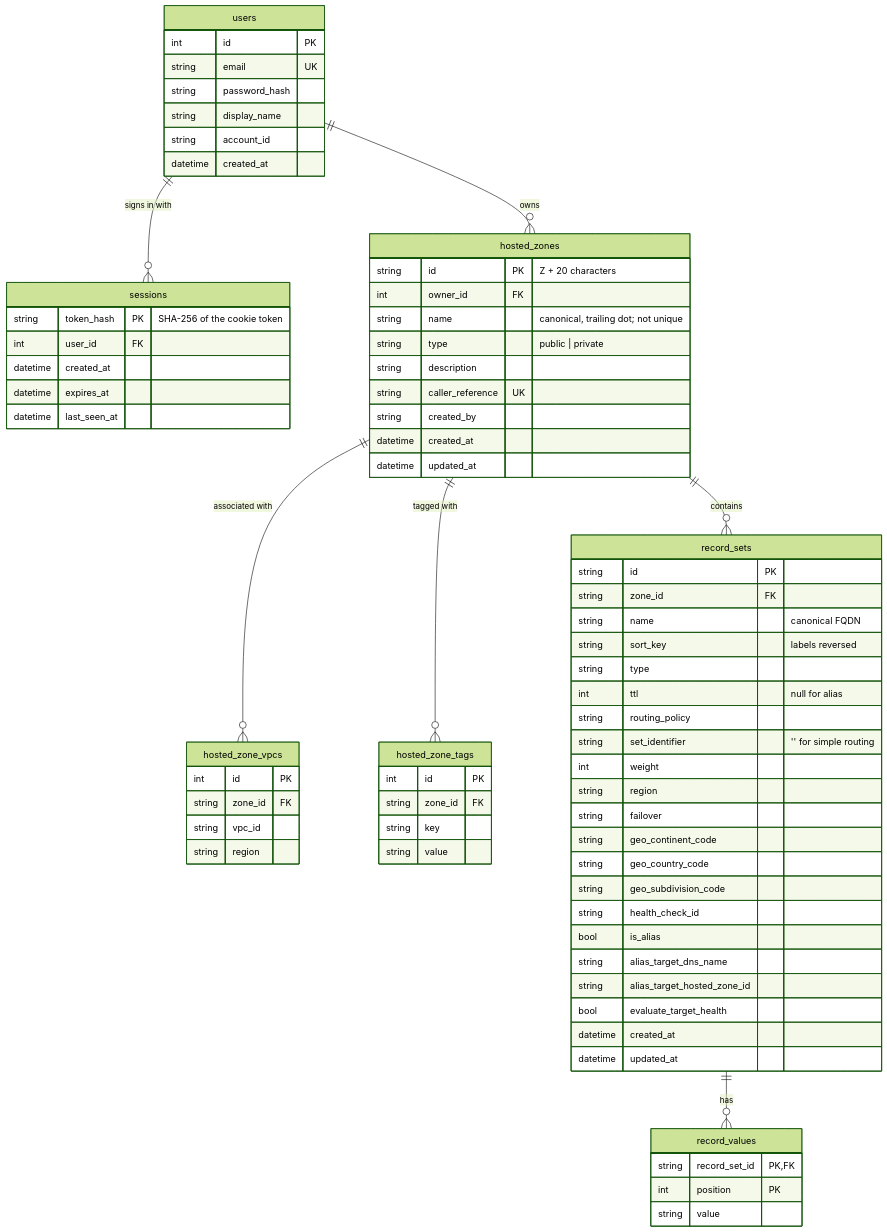
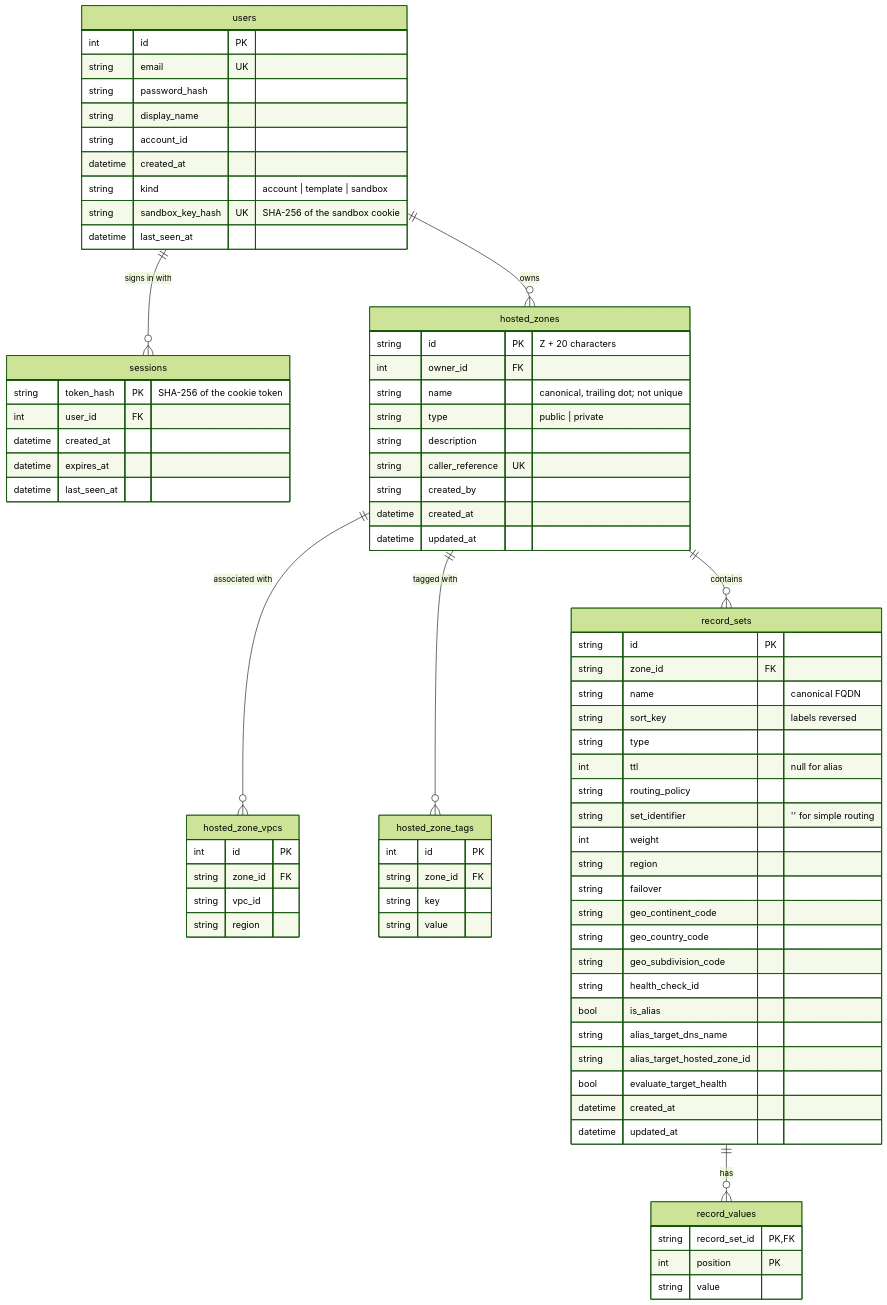
One commit to biscuitrescue/aws-route53-console-clone changed the second of 2 diagrams in README.md. Above: the diagram before and after it, drawn with Mermaid (forest theme). The commit also changed other lines of this file and 29 other files, not shown here.

First line of the commit message:
Give every visitor a private sandbox instead of one shared account

````diff
--- a/README.md
+++ b/README.md
@@ -306,76 +310,79 @@
 ```mermaid
 erDiagram
     users ||--o{ sessions : "signs in with"
     users ||--o{ hosted_zones : owns
     hosted_zones ||--o{ hosted_zone_vpcs : "associated with"
     hosted_zones ||--o{ hosted_zone_tags : "tagged with"
     hosted_zones ||--o{ record_sets : contains
     record_sets ||--o{ record_values : has
 
     users {
         int id PK
         string email UK
         string password_hash
         string display_name
         string account_id
         datetime created_at
+        string kind "account | template | sandbox"
+        string sandbox_key_hash UK "SHA-256 of the sandbox cookie"
+        datetime last_seen_at
     }
     sessions {
         string token_hash PK "SHA-256 of the cookie token"
         int user_id FK
         datetime created_at
         datetime expires_at
         datetime last_seen_at
     }
     hosted_zones {
         string id PK "Z + 20 characters"
         int owner_id FK
         string name "canonical, trailing dot; not unique"
         string type "public | private"
         string description
         string caller_reference UK
         string created_by
         datetime created_at
         datetime updated_at
     }
     hosted_zone_vpcs {
         int id PK
         string zone_id FK
         string vpc_id
         string region
     }
     hosted_zone_tags {
         int id PK
         string zone_id FK
         string key
         string value
     }
     record_sets {
         string id PK
         string zone_id FK
         string name "canonical FQDN"
         string sort_key "labels reversed"
         string type
         int ttl "null for alias"
         string routing_policy
         string set_identifier "'' for simple routing"
         int weight
         string region
         string failover
         string geo_continent_code
         string geo_country_code
         string geo_subdivision_code
         string health_check_id
         bool is_alias
         string alias_target_dns_name
         string alias_target_hosted_zone_id
         bool evaluate_target_health
         datetime created_at
         datetime updated_at
     }
     record_values {
         string record_set_id PK,FK
         int position PK
         string value
     }
 ```
````
